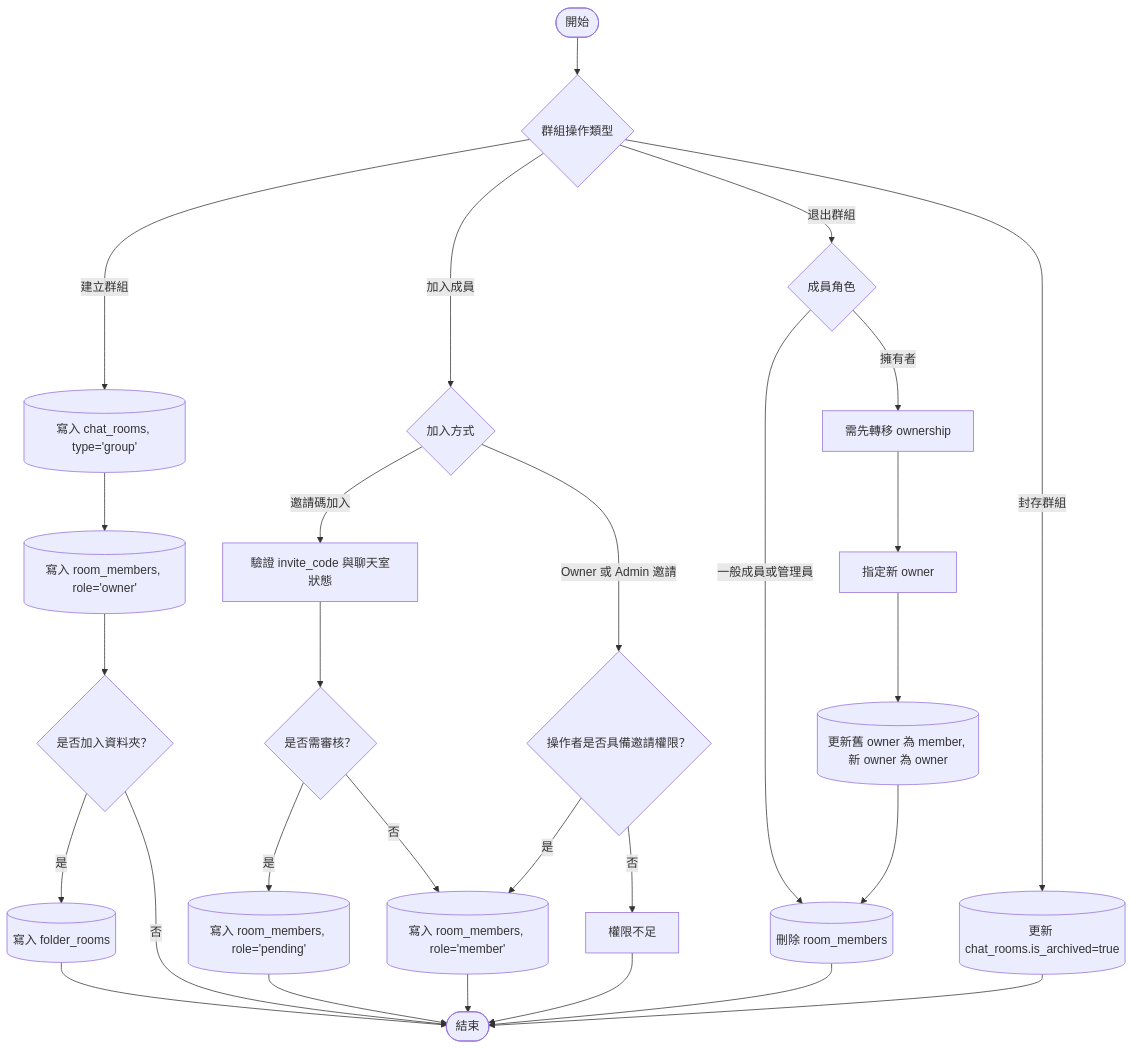
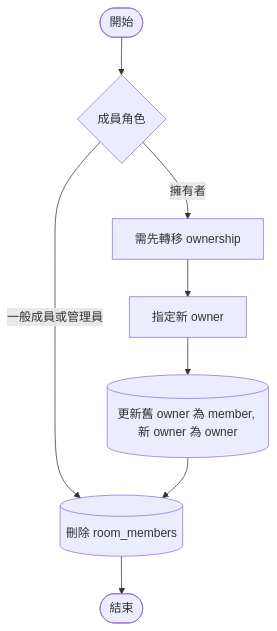
The seventh of 10 diagrams in docs/report-3.md (nearcsie/near-chat), drawn with Mermaid before and after one commit. The commit also changed other lines of this file, not shown here.

````diff
--- a/docs/report-3.md
+++ b/docs/report-3.md
@@ -315,29 +284,9 @@
 ```mermaid
 flowchart TD
-    Start([開始]) --> GroupAction{群組操作類型}
-
-    GroupAction -- 建立群組 --> CreateGroupRoom[(寫入 chat_rooms, type='group')]
-    CreateGroupRoom --> InsertOwnerMember[(寫入 room_members, role='owner')]
-    InsertOwnerMember --> InitFolder{是否加入資料夾？}
-    InitFolder -- 是 --> GroupFolderMapping[(寫入 folder_rooms)] --> End([結束])
-    InitFolder -- 否 --> End
-
-    GroupAction -- 加入成員 --> JoinMethod{加入方式}
-    JoinMethod -- 邀請碼加入 --> ValidateInvite[驗證 invite_code 與聊天室狀態]
-    ValidateInvite --> ReviewNeeded{是否需審核？}
-    ReviewNeeded -- 是 --> InsertPending[(寫入 room_members, role='pending')] --> End
-    ReviewNeeded -- 否 --> InsertNewMember[(寫入 room_members, role='member')] --> End
-    JoinMethod -- Owner 或 Admin 邀請 --> CheckInvitePerm{操作者是否具備邀請權限？}
-    CheckInvitePerm -- 否 --> DenyAlert[權限不足] --> End
-    CheckInvitePerm -- 是 --> InsertNewMember
-
-    GroupAction -- 退出群組 --> CheckRole{成員角色}
-    CheckRole -- 一般成員或管理員 --> DeleteMember[(刪除 room_members)] --> End
+    Start([開始]) --> CheckRole{成員角色}
+    CheckRole -- 一般成員或管理員 --> DeleteMember[(刪除 room_members)] --> End([結束])
     CheckRole -- 擁有者 --> NeedTransfer[需先轉移 ownership]
     NeedTransfer --> TransferFlow[指定新 owner]
     TransferFlow --> DBUpdateOwner[(更新舊 owner 為 member, 新 owner 為 owner)]
     DBUpdateOwner --> DeleteMember
-
-    GroupAction -- 封存群組 --> ArchiveRoom[(更新 chat_rooms.is_archived=true)]
-    ArchiveRoom --> End
 ```
````
